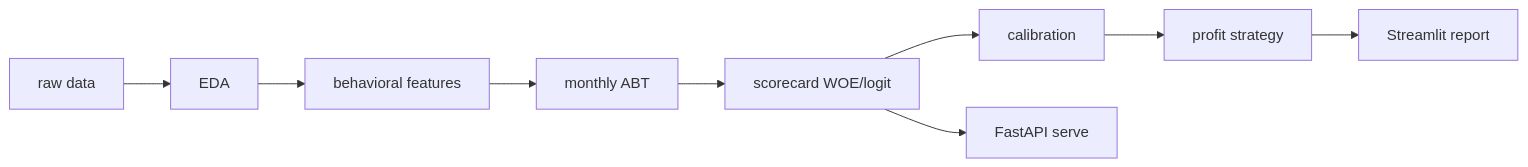
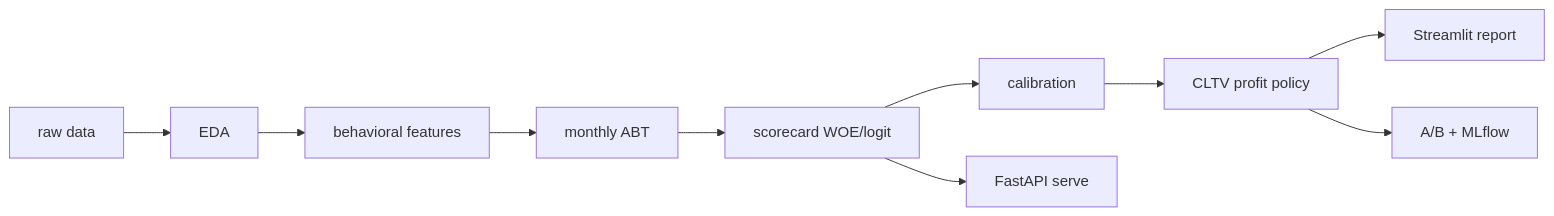
One commit to giangphuongtran/scorecard-builder changed the third of 7 diagrams in README.md. Above: the diagram before and after it, drawn with Mermaid. The commit also changed other lines of this file and 24 other files, not shown here.

````diff
--- a/README.md
+++ b/README.md
@@ -80,11 +260,12 @@
 ```mermaid
 flowchart LR
     A[raw data] --> B[EDA]
     B --> C[behavioral features]
     C --> D[monthly ABT]
     D --> E[scorecard WOE/logit]
     E --> F[calibration]
-    F --> G[profit strategy]
+    F --> G[CLTV profit policy]
     G --> H[Streamlit report]
     E --> I[FastAPI serve]
+    G --> J[A/B + MLflow]
 ```
````
